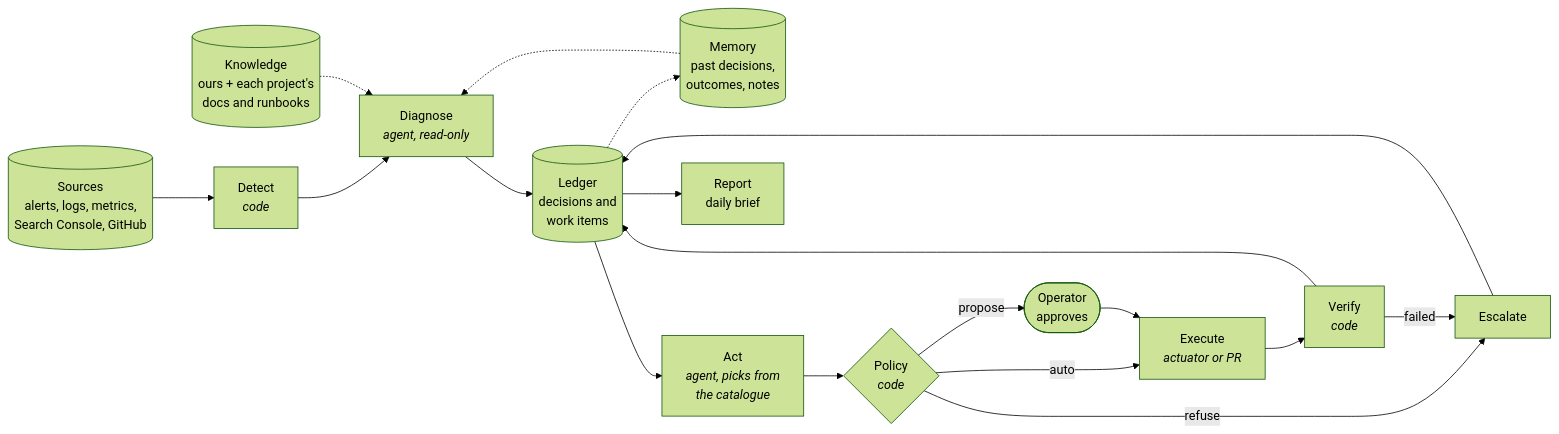
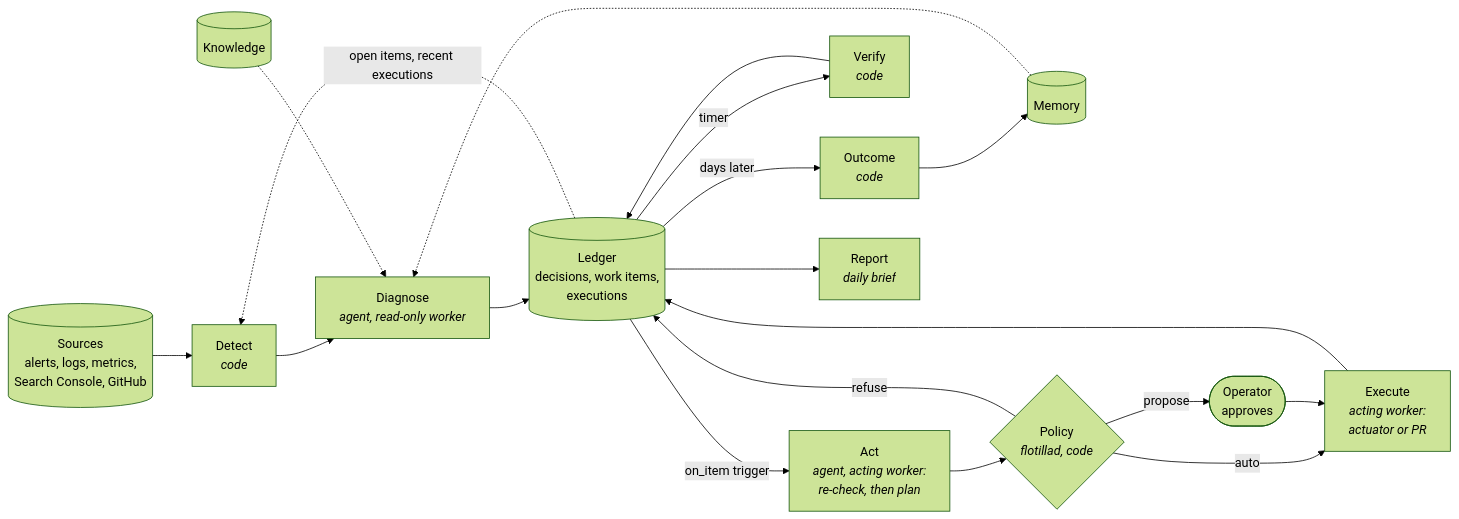
The first of 9 diagrams in docs/rfc/RFC-0004-agent-pipeline.md (chipi/flotilla), drawn with Mermaid (forest theme) before and after one commit. The commit also changed other lines of this file, not shown here.

````diff
--- a/docs/rfc/RFC-0004-agent-pipeline.md
+++ b/docs/rfc/RFC-0004-agent-pipeline.md
@@ -40,20 +36,21 @@
 ```mermaid
 flowchart LR
     S[(Sources<br/>alerts, logs, metrics,<br/>Search Console, GitHub)] --> D[Detect<br/><i>code</i>]
-    D --> G[Diagnose<br/><i>agent, read-only</i>]
-    K[(Knowledge<br/>ours + each project's<br/>docs and runbooks)] -.-> G
-    M[(Memory<br/>past decisions,<br/>outcomes, notes)] -.-> G
-    G --> L[(Ledger<br/>decisions and<br/>work items)]
-    L --> A[Act<br/><i>agent, picks from<br/>the catalogue</i>]
-    A --> P{Policy<br/><i>code</i>}
-    P -- auto --> X[Execute<br/><i>actuator or PR</i>]
+    L[(Ledger<br/>decisions, work items,<br/>executions)] -. open items, recent executions .-> D
+    D --> G[Diagnose<br/><i>agent, read-only worker</i>]
+    K[(Knowledge)] -.-> G
+    M[(Memory)] -.-> G
+    G --> L
+    L -- on_item trigger --> A[Act<br/><i>agent, acting worker:<br/>re-check, then plan</i>]
+    A --> P{Policy<br/><i>flotillad, code</i>}
+    P -- auto --> X[Execute<br/><i>acting worker:<br/>actuator or PR</i>]
     P -- propose --> O([Operator<br/>approves])
     O --> X
-    P -- refuse --> E[Escalate]
-    X --> V[Verify<br/><i>code</i>]
+    P -- refuse --> L
+    X --> L
+    L -- timer --> V[Verify<br/><i>code</i>]
     V --> L
-    V -- failed --> E
-    E --> L
-    L --> R[Report<br/>daily brief]
-    L -.-> M
+    L -- days later --> Oc[Outcome<br/><i>code</i>]
+    Oc --> M
+    L --> R[Report<br/><i>daily brief</i>]
 ```
````
